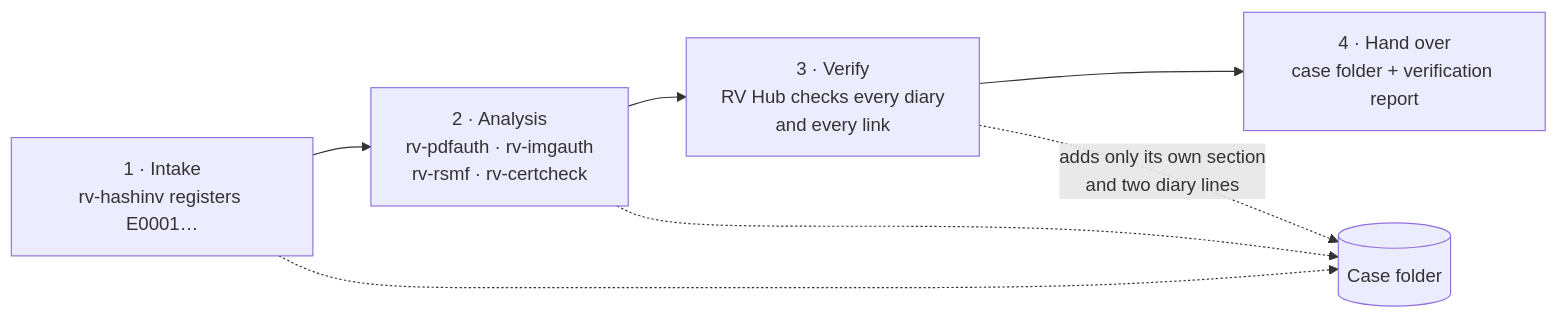
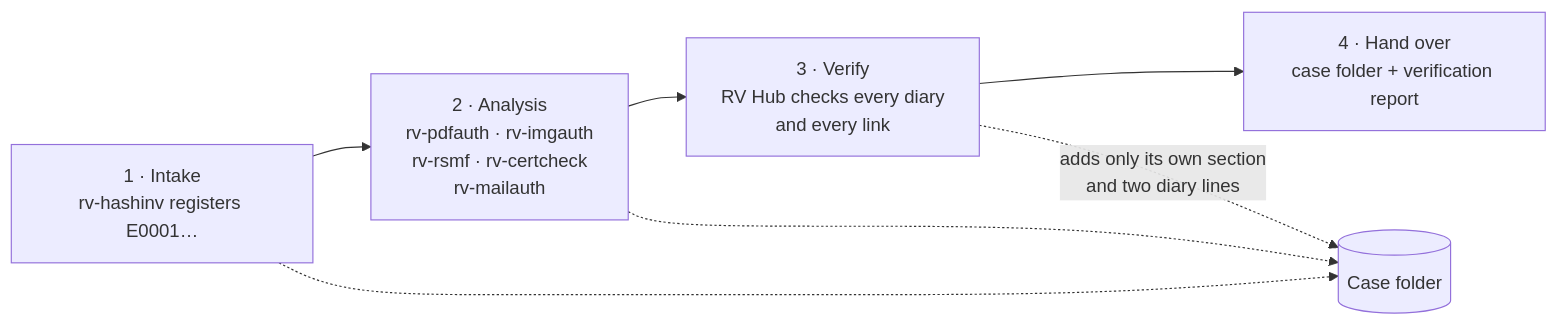
One commit to Panacota96/rv-hub changed the first of 7 diagrams in docs/theory.md. Above: the diagram before and after it, drawn with Mermaid. The commit also changed other lines of this file and 8 other files, not shown here.

````diff
--- a/docs/theory.md
+++ b/docs/theory.md
@@ -64,9 +64,9 @@
 ```mermaid
 flowchart LR
-    I["1 · Intake<br/>rv-hashinv registers E0001…"] --> A["2 · Analysis<br/>rv-pdfauth · rv-imgauth<br/>rv-rsmf · rv-certcheck"]
+    I["1 · Intake<br/>rv-hashinv registers E0001…"] --> A["2 · Analysis<br/>rv-pdfauth · rv-imgauth<br/>rv-rsmf · rv-certcheck<br/>rv-mailauth"]
     A --> V["3 · Verify<br/>RV Hub checks every diary<br/>and every link"]
     V --> H["4 · Hand over<br/>case folder + verification report"]
     I -.-> C[("Case folder")]
     A -.-> C
     V -.->|"adds only its own section<br/>and two diary lines"| C
 ```
````
